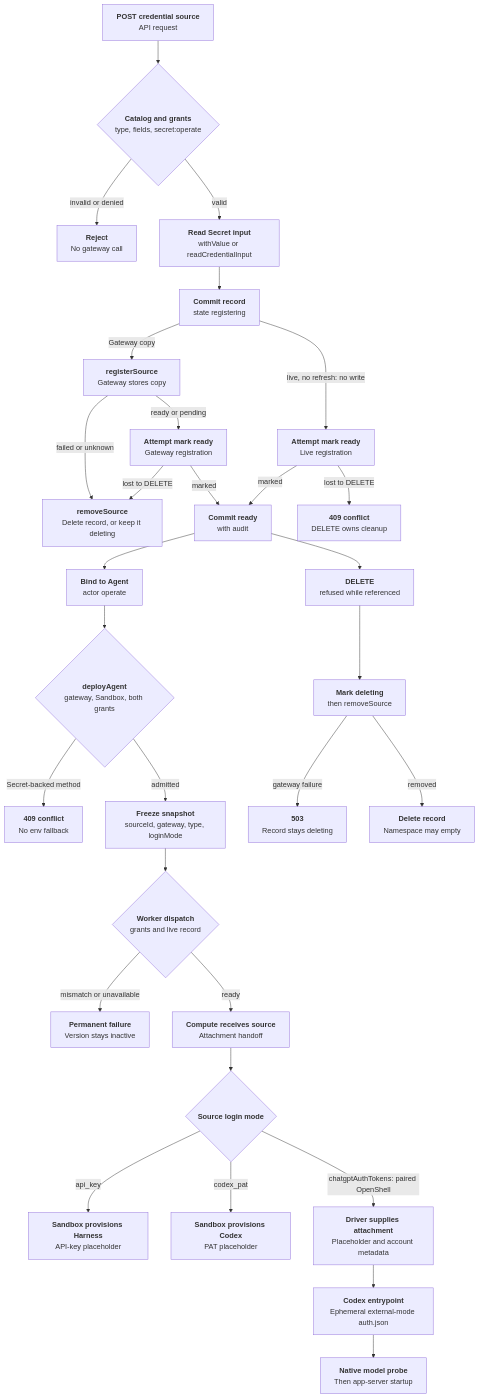
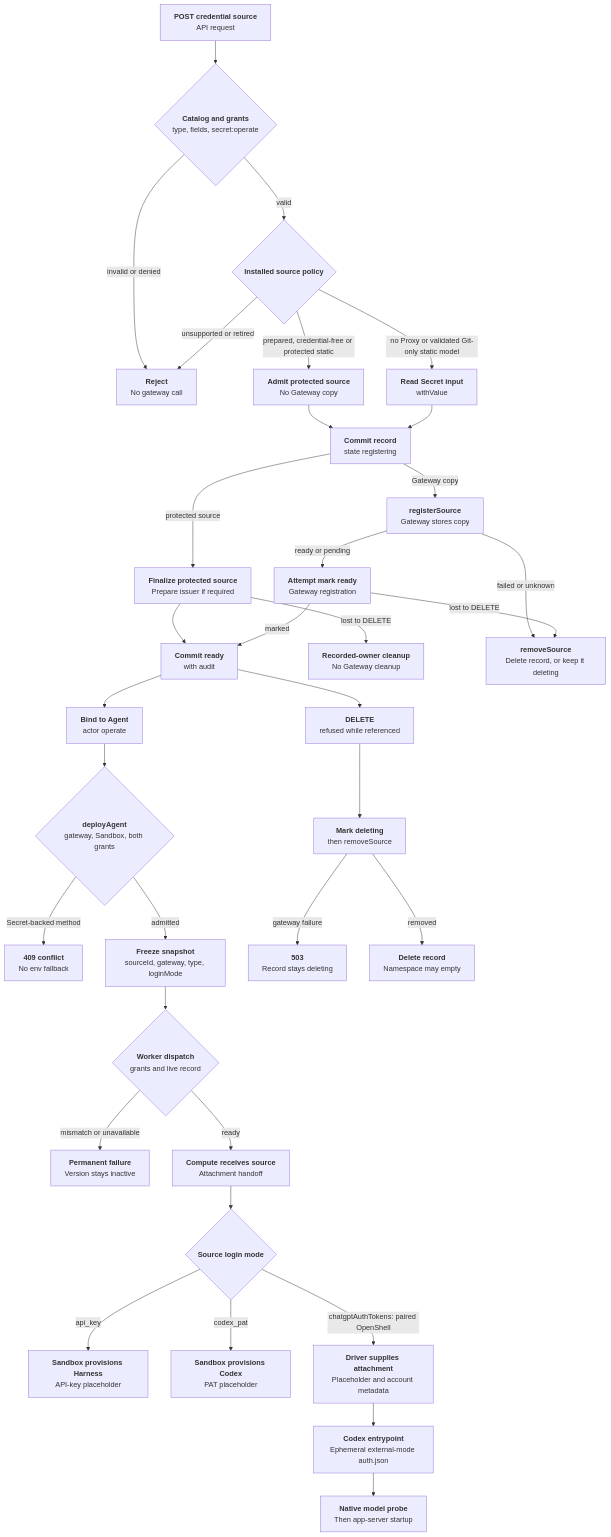
The diagram in docs/flows/credential-source-lifecycle.md (openclaw/openclaw-enterprise), drawn with Mermaid before and after one commit. The commit also changed other lines of this file and 59 other files, not shown here.

First line of the commit message:
fix(openshell): preserve model access when Git integration is enabled (#5683)

````diff
--- a/docs/flows/credential-source-lifecycle.md
+++ b/docs/flows/credential-source-lifecycle.md
@@ -34,32 +36,36 @@
 ```mermaid
 graph TD
   A["<b>POST credential source</b><br/>API request"] --> B{"<b>Catalog and grants</b><br/>type, fields, secret:operate"}
   B -- "invalid or denied" --> X["<b>Reject</b><br/>No gateway call"]
-  B -- "valid" --> C["<b>Read Secret input</b><br/>withValue or readCredentialInput"]
+  B -- "valid" --> P0{"<b>Installed source policy</b>"}
+  P0 -- "prepared, credential-free or protected static" --> P1["<b>Admit protected source</b><br/>No Gateway copy"]
+  P0 -- "no Proxy or validated Git-only static model" --> C["<b>Read Secret input</b><br/>withValue"]
+  P0 -- "unsupported or retired" --> X
+  P1 --> R
   C --> R["<b>Commit record</b><br/>state registering"]
   R -- "Gateway copy" --> D["<b>registerSource</b><br/>Gateway stores copy"]
+  R -- "protected source" --> PR["<b>Finalize protected source</b><br/>Prepare issuer if required"]
+  PR --> E
+  PR -- "lost to DELETE" --> PX["<b>Recorded-owner cleanup</b><br/>No Gateway cleanup"]
   D -- "failed or unknown" --> Y["<b>removeSource</b><br/>Delete record, or keep it deleting"]
   D -- "ready or pending" --> E0["<b>Attempt mark ready</b><br/>Gateway registration"]
   E0 -- "marked" --> E["<b>Commit ready</b><br/>with audit"]
   E0 -- "lost to DELETE" --> Y
-  R -- "live, no refresh: no write" --> E1["<b>Attempt mark ready</b><br/>Live registration"]
-  E1 -- "marked" --> E
-  E1 -- "lost to DELETE" --> X1["<b>409 conflict</b><br/>DELETE owns cleanup"]
   E --> F["<b>Bind to Agent</b><br/>actor operate"]
   F --> G{"<b>deployAgent</b><br/>gateway, Sandbox, both grants"}
   G -- "Secret-backed method" --> Z["<b>409 conflict</b><br/>No env fallback"]
   G -- "admitted" --> H["<b>Freeze snapshot</b><br/>sourceId, gateway, type, loginMode"]
   H --> I{"<b>Worker dispatch</b><br/>grants and live record"}
   I -- "mismatch or unavailable" --> W["<b>Permanent failure</b><br/>Version stays inactive"]
   I -- "ready" --> J["<b>Compute receives source</b><br/>Attachment handoff"]
   J --> P{"<b>Source login mode</b>"}
   P -- "api_key" --> Q["<b>Sandbox provisions Harness</b><br/>API-key placeholder"]
   P -- "codex_pat" --> Q1["<b>Sandbox provisions Codex</b><br/>PAT placeholder"]
   P -- "chatgptAuthTokens: paired OpenShell" --> T["<b>Driver supplies attachment</b><br/>Placeholder and account metadata"]
   T --> U["<b>Codex entrypoint</b><br/>Ephemeral external-mode auth.json"]
   U --> V["<b>Native model probe</b><br/>Then app-server startup"]
   E --> K["<b>DELETE</b><br/>refused while referenced"]
   K --> L["<b>Mark deleting</b><br/>then removeSource"]
   L -- "gateway failure" --> M["<b>503</b><br/>Record stays deleting"]
   L -- "removed" --> N["<b>Delete record</b><br/>Namespace may empty"]
 ```
````
